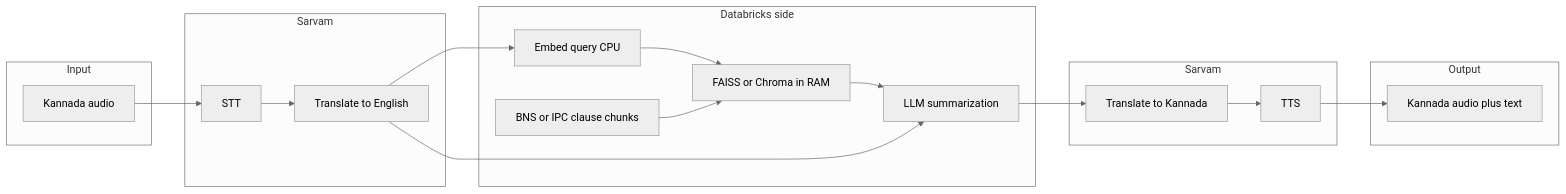
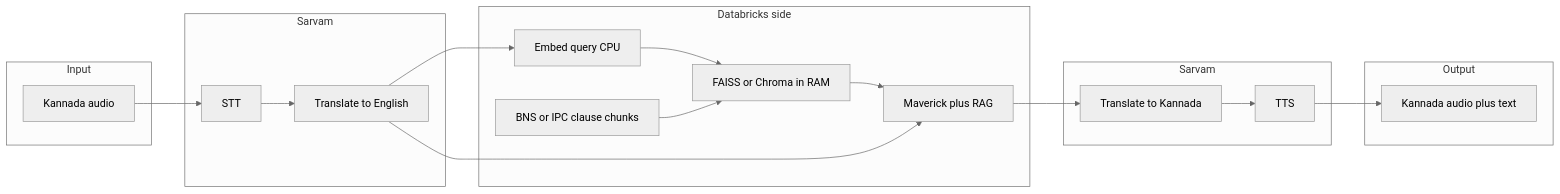
One commit to gaganTakIITD/NyaaAIk changed the diagram in docs/PLAN.md. Above: the diagram before and after it, drawn with Mermaid (neutral theme). The commit also changed other lines of this file and 3 other files, not shown here.

````diff
--- a/docs/PLAN.md
+++ b/docs/PLAN.md
@@ -32,29 +34,29 @@
 ```mermaid
 flowchart LR
   subgraph input [Input]
     Audio[Kannada audio]
   end
   subgraph sarvam_in [Sarvam]
     STT[STT]
     TrIn[Translate to English]
   end
   subgraph dbr [Databricks side]
     Emb[Embed query CPU]
     VS[FAISS or Chroma in RAM]
     Clauses[BNS or IPC clause chunks]
-    LLM[LLM summarization]
+    LLM["Maverick plus RAG"]
   end
   subgraph sarvam_out [Sarvam]
     TrOut[Translate to Kannada]
     TTS[TTS]
   end
   subgraph output [Output]
     KannadaAudio[Kannada audio plus text]
   end
   Audio --> STT --> TrIn --> Emb
   Emb --> VS
   Clauses --> VS
   VS --> LLM
   TrIn --> LLM
   LLM --> TrOut --> TTS --> KannadaAudio
 ```
````
